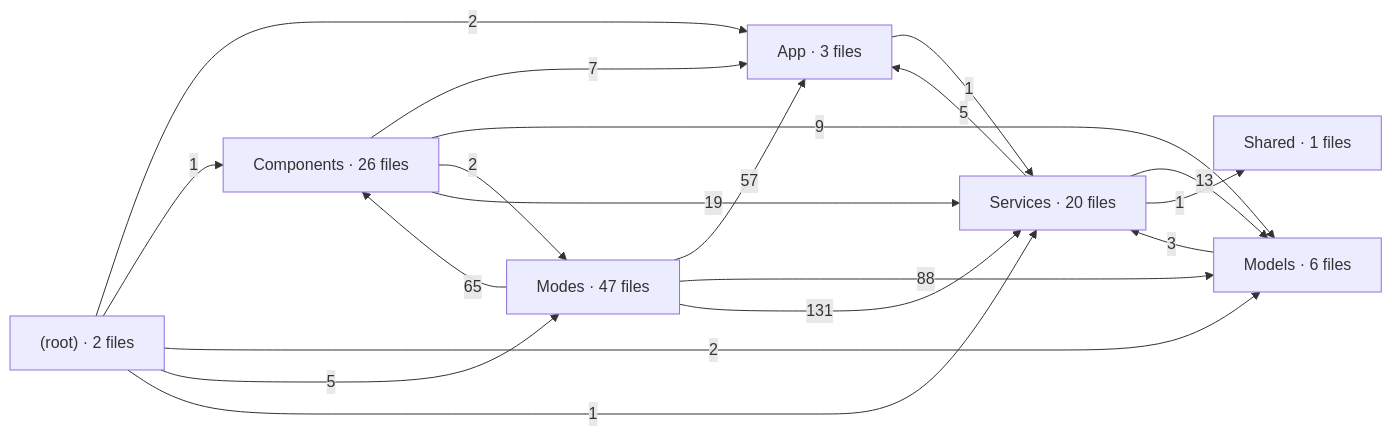
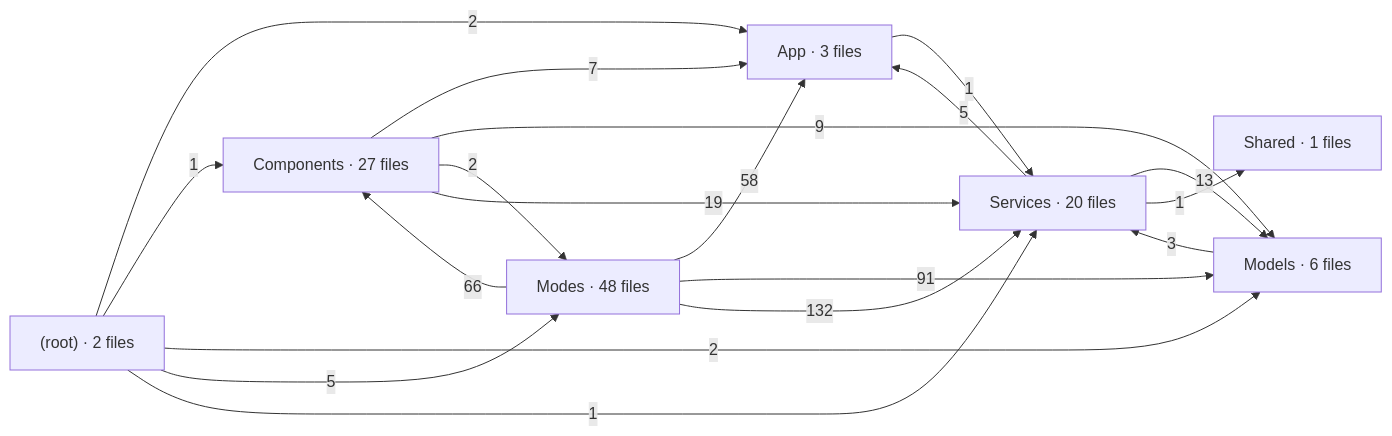
The diagram in docs/architecture/deps-app.mmd (krocx/spatial-tapgging-app), drawn with Mermaid before and after one commit. The commit also changed 16 other files, not shown here.

```diff
--- a/docs/architecture/deps-app.mmd
+++ b/docs/architecture/deps-app.mmd
@@ -1,28 +1,28 @@
 %% generated by scripts/arch-graph.mjs - do not edit
 flowchart LR
   %% ios-app - type references between folders (edge label = number of references)
   F__["(root) · 2 files"]
   F_App["App · 3 files"]
-  F_Components["Components · 26 files"]
+  F_Components["Components · 27 files"]
   F_Models["Models · 6 files"]
-  F_Modes["Modes · 47 files"]
+  F_Modes["Modes · 48 files"]
   F_Services["Services · 20 files"]
   F_Shared["Shared · 1 files"]
   F__ -->|2| F_App
   F__ -->|1| F_Components
   F__ -->|2| F_Models
   F__ -->|5| F_Modes
   F__ -->|1| F_Services
   F_App -->|1| F_Services
   F_Components -->|7| F_App
   F_Components -->|9| F_Models
   F_Components -->|2| F_Modes
   F_Components -->|19| F_Services
   F_Models -->|3| F_Services
-  F_Modes -->|57| F_App
-  F_Modes -->|65| F_Components
-  F_Modes -->|88| F_Models
-  F_Modes -->|131| F_Services
+  F_Modes -->|58| F_App
+  F_Modes -->|66| F_Components
+  F_Modes -->|91| F_Models
+  F_Modes -->|132| F_Services
   F_Services -->|5| F_App
   F_Services -->|13| F_Models
   F_Services -->|1| F_Shared
```
